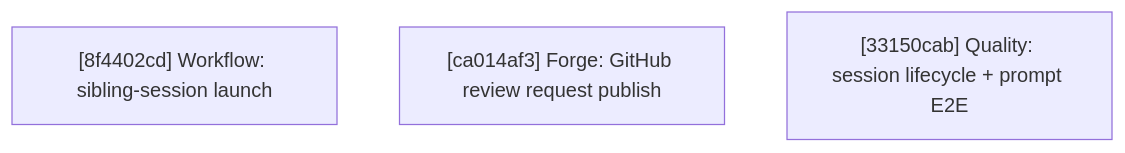
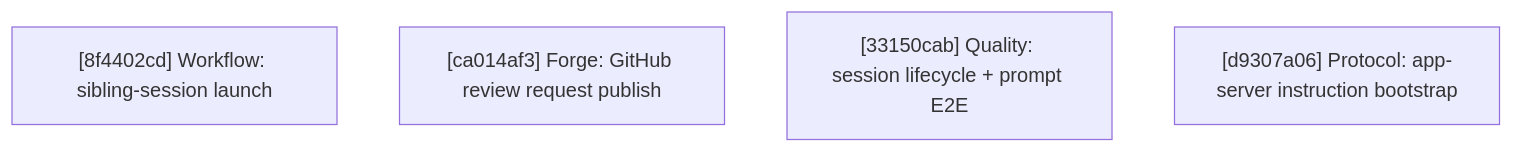
The diagram in docs/plan/roadmap.md (opencloudtool/agentty), drawn with Mermaid before and after one commit. The commit also changed other lines of this file, not shown here.

First line of the commit message:
Add protocol bootstrap roadmap slice

````diff
--- a/docs/plan/roadmap.md
+++ b/docs/plan/roadmap.md
@@ -127,6 +157,7 @@
 ```mermaid
 flowchart TD
     R1["[8f4402cd] Workflow: sibling-session launch"]
     R2["[ca014af3] Forge: GitHub review request publish"]
     R3["[33150cab] Quality: session lifecycle + prompt E2E"]
+    R4["[d9307a06] Protocol: app-server instruction bootstrap"]
 ```
````
